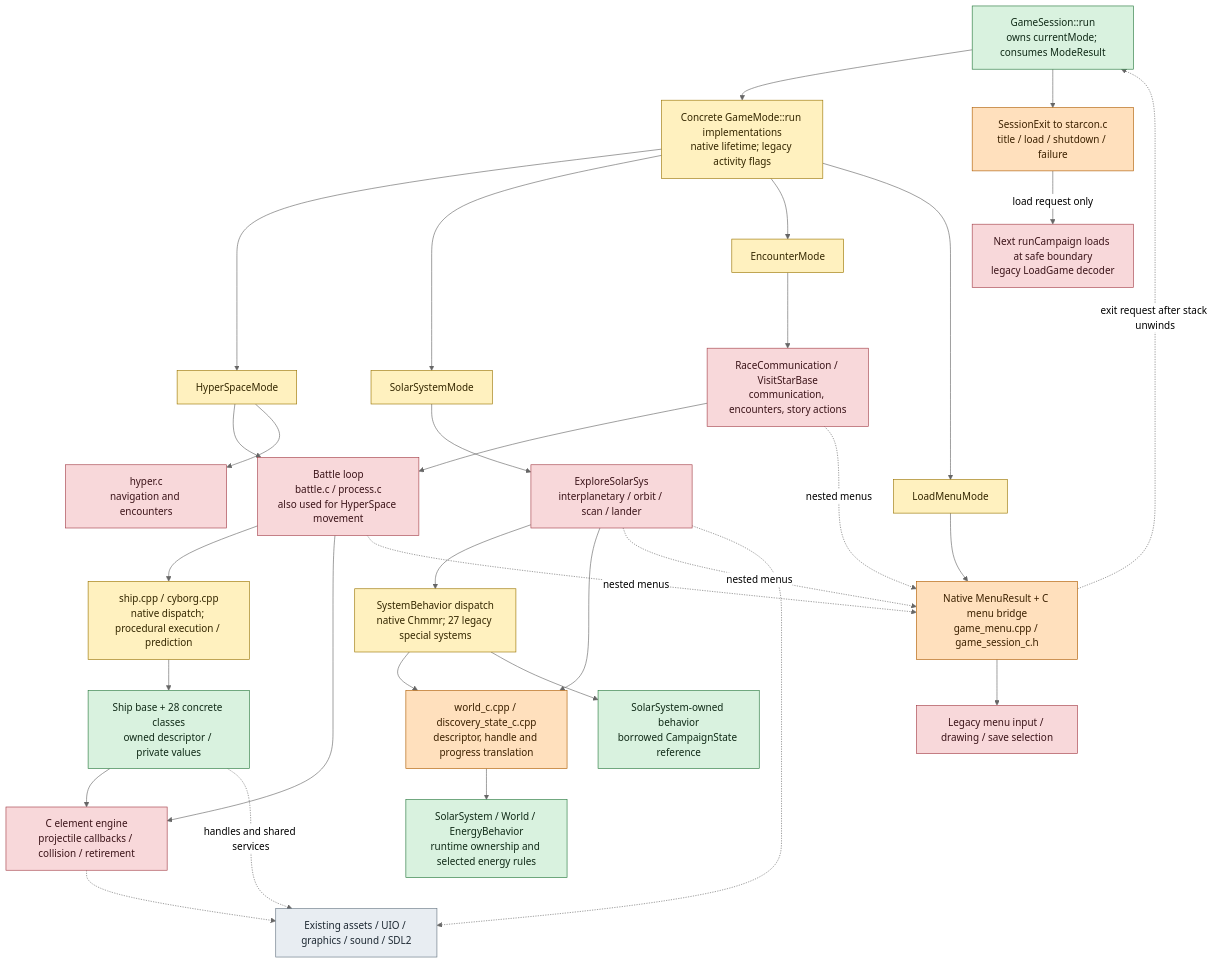
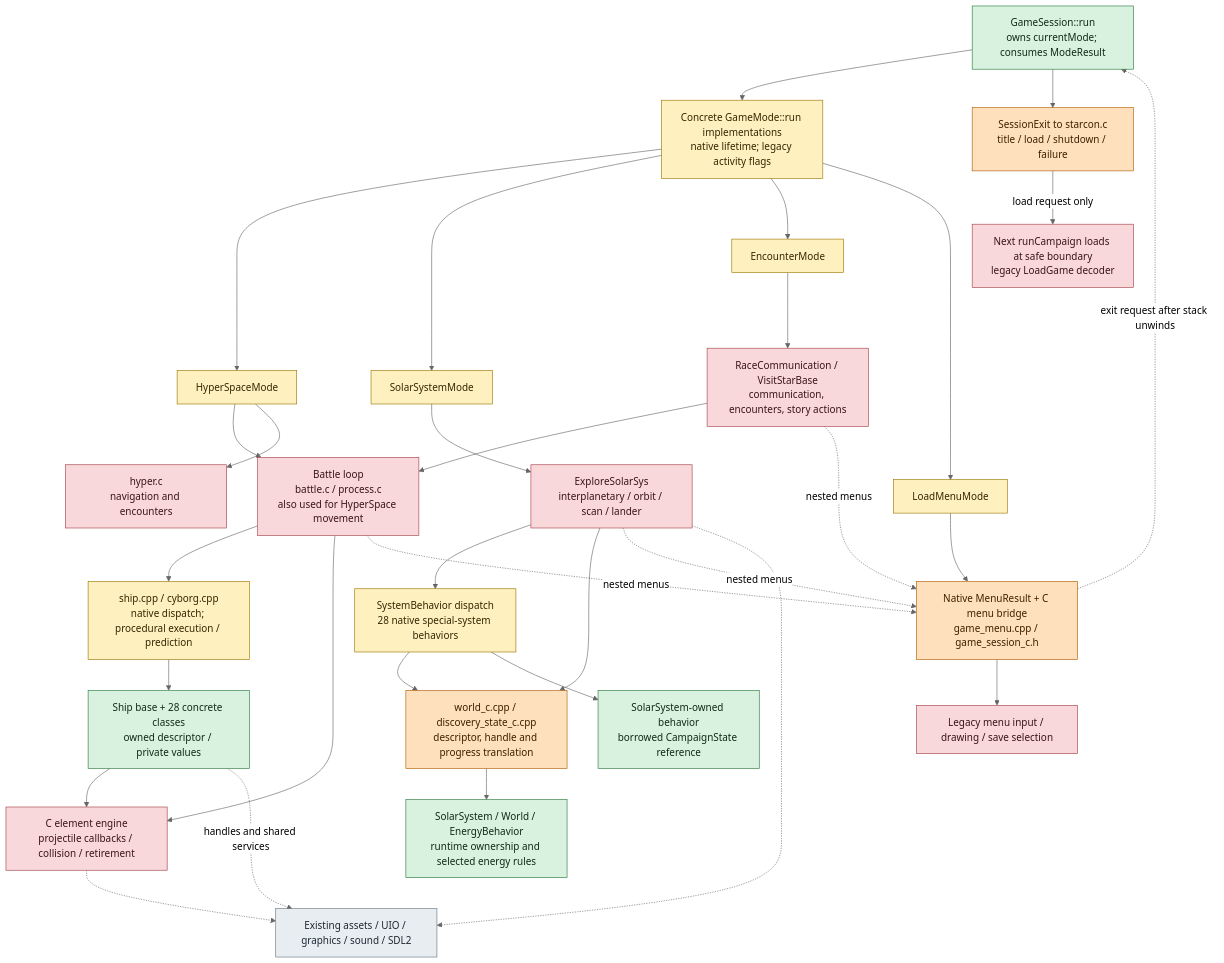
The first of 3 diagrams in docs/design/runtime-map.md (yost-jacob/uqm-cpp17), drawn with Mermaid (neutral theme) before and after one commit. The commit also changed other lines of this file and 48 other files, not shown here.

Commit message:
Migrate remaining special systems to native campaign-aware behaviors

````diff
--- a/docs/design/runtime-map.md
+++ b/docs/design/runtime-map.md
@@ -20,46 +20,46 @@
 ```mermaid
 flowchart TD
     D["GameSession::run<br/>owns currentMode; consumes ModeResult"]:::native
     M["Concrete GameMode::run implementations<br/>native lifetime; legacy activity flags"]:::mixed
     D --> M
     M --> H["HyperSpaceMode"]:::mixed
     M --> S["SolarSystemMode"]:::mixed
     M --> E["EncounterMode"]:::mixed
     M --> O["LoadMenuMode"]:::mixed
 
     H --> B["Battle loop<br/>battle.c / process.c<br/>also used for HyperSpace movement"]:::legacy
     H --> HP["hyper.c<br/>navigation and encounters"]:::legacy
     S --> EX["ExploreSolarSys<br/>interplanetary / orbit / scan / lander"]:::legacy
     E --> EC["RaceCommunication / VisitStarBase<br/>communication, encounters, story actions"]:::legacy
     EC --> B
 
     B --> SE["ship.cpp / cyborg.cpp<br/>native dispatch; procedural execution / prediction"]:::mixed
     SE --> SH["Ship base + 28 concrete classes<br/>owned descriptor / private values"]:::native
     SH --> EL["C element engine<br/>projectile callbacks / collision / retirement"]:::legacy
     B --> EL
 
-    EX --> GEN["SystemBehavior dispatch<br/>native Chmmr; 27 legacy special systems"]:::mixed
+    EX --> GEN["SystemBehavior dispatch<br/>28 native special-system behaviors"]:::mixed
     EX --> WA["world_c.cpp / discovery_state_c.cpp<br/>descriptor, handle and progress translation"]:::adapter
     GEN --> WA
     GEN --> SB["SolarSystem-owned behavior<br/>borrowed CampaignState reference"]:::native
     WA --> WO["SolarSystem / World / EnergyBehavior<br/>runtime ownership and selected energy rules"]:::native
 
     O --> MN["Native MenuResult + C menu bridge<br/>game_menu.cpp / game_session_c.h"]:::adapter
     B -. nested menus .-> MN
     EX -. nested menus .-> MN
     EC -. nested menus .-> MN
     MN --> UI["Legacy menu input / drawing / save selection"]:::legacy
     MN -. exit request after stack unwinds .-> D
     D --> EXIT["SessionExit to starcon.c<br/>title / load / shutdown / failure"]:::adapter
     EXIT -->|load request only| LOAD["Next runCampaign loads at safe boundary<br/>legacy LoadGame decoder"]:::legacy
 
     SH -. handles and shared services .-> RES["Existing assets / UIO / graphics / sound / SDL2"]:::foundation
     EL -.-> RES
     EX -.-> RES
 
     classDef native fill:#d9f2df,stroke:#27783d,color:#102a17;
     classDef mixed fill:#fff1bf,stroke:#9a7400,color:#342700;
     classDef adapter fill:#ffe0bd,stroke:#af5c00,color:#3c2100;
     classDef legacy fill:#f8d8da,stroke:#a43f48,color:#3b1419;
     classDef foundation fill:#e8edf2,stroke:#667582,color:#1e2933;
 ```
````
